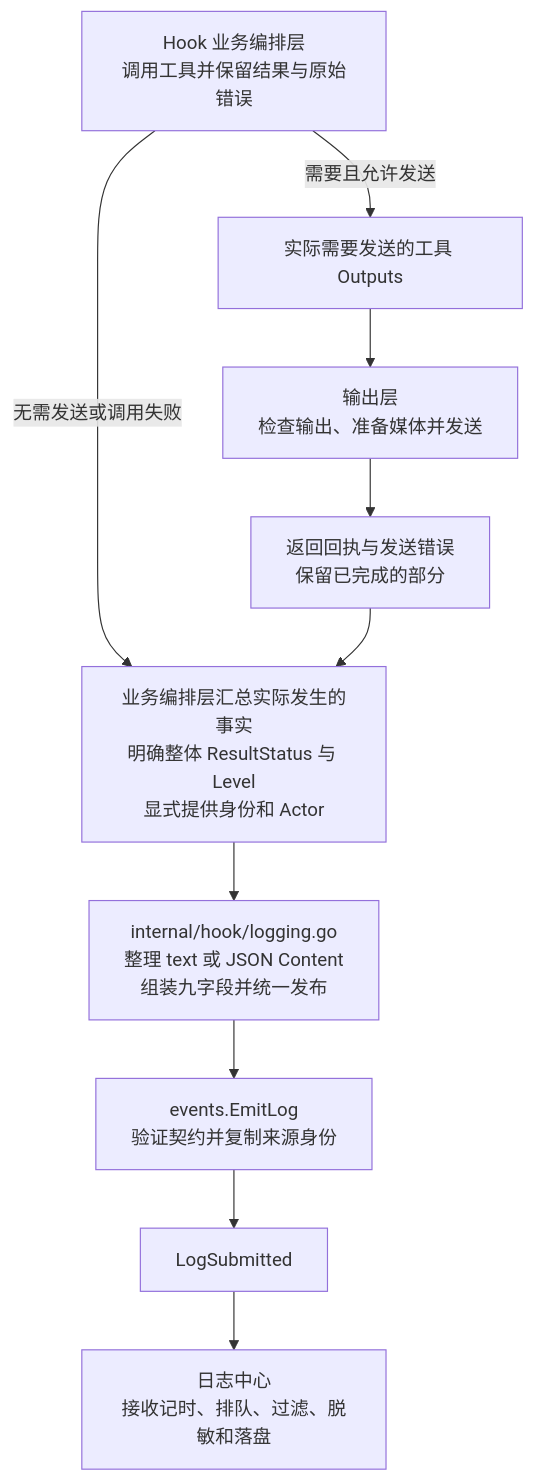
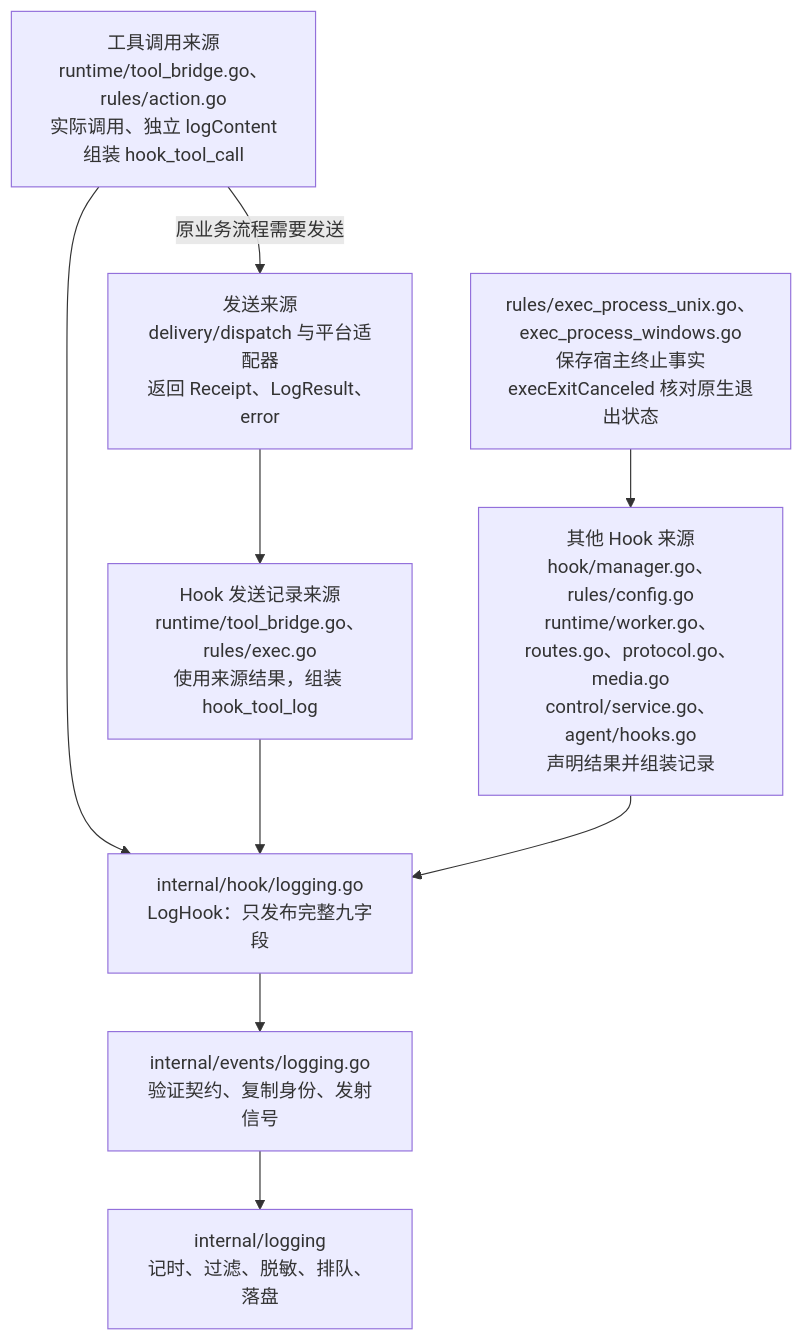
Before and after one commit to Elflare/elbot: the fifth of 5 diagrams in devdocs/signals-and-logging.md, drawn with Mermaid. The commit also changed other lines of this file and 88 other files, not shown here.

````diff
--- a/devdocs/signals-and-logging.md
+++ b/devdocs/signals-and-logging.md
@@ -609,12 +612,11 @@
 ```mermaid
 flowchart TD
-    A["Hook 业务编排层<br/>调用工具并保留结果与原始错误"] -->|需要且允许发送| B["实际需要发送的工具 Outputs"]
-    B --> O["输出层<br/>检查输出、准备媒体并发送"]
-    O --> R["返回回执与发送错误<br/>保留已完成的部分"]
-    A -->|无需发送或调用失败| F
-    R --> F["业务编排层汇总实际发生的事实<br/>明确整体 ResultStatus 与 Level<br/>显式提供身份和 Actor"]
-    F --> H["internal/hook/logging.go<br/>整理 text 或 JSON Content<br/>组装九字段并统一发布"]
-    H --> E["events.EmitLog<br/>验证契约并复制来源身份"]
-    E --> S["LogSubmitted"]
-    S --> L["日志中心<br/>接收记时、排队、过滤、脱敏和落盘"]
+    T["工具调用来源<br/>runtime/tool_bridge.go、rules/action.go<br/>实际调用、独立 logContent<br/>组装 hook_tool_call"] --> L
+    P["rules/exec_process_unix.go、exec_process_windows.go<br/>保存宿主终止事实<br/>execExitCanceled 核对原生退出状态"] --> H
+    T -->|原业务流程需要发送| S["发送来源<br/>delivery/dispatch 与平台适配器<br/>返回 Receipt、LogResult、error"]
+    S --> O["Hook 发送记录来源<br/>runtime/tool_bridge.go、rules/exec.go<br/>使用来源结果，组装 hook_tool_log"]
+    O --> L["internal/hook/logging.go<br/>LogHook：只发布完整九字段"]
+    H["其他 Hook 来源<br/>hook/manager.go、rules/config.go<br/>runtime/worker.go、routes.go、protocol.go、media.go<br/>control/service.go、agent/hooks.go<br/>声明结果并组装记录"] --> L
+    L --> E["internal/events/logging.go<br/>验证契约、复制身份、发射信号"]
+    E --> G["internal/logging<br/>记时、过滤、脱敏、排队、落盘"]
 ```
````
